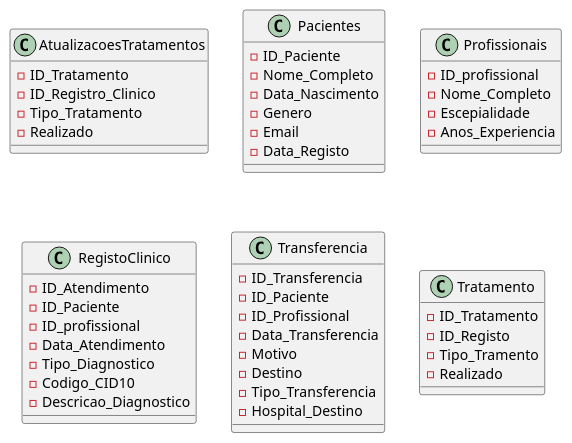
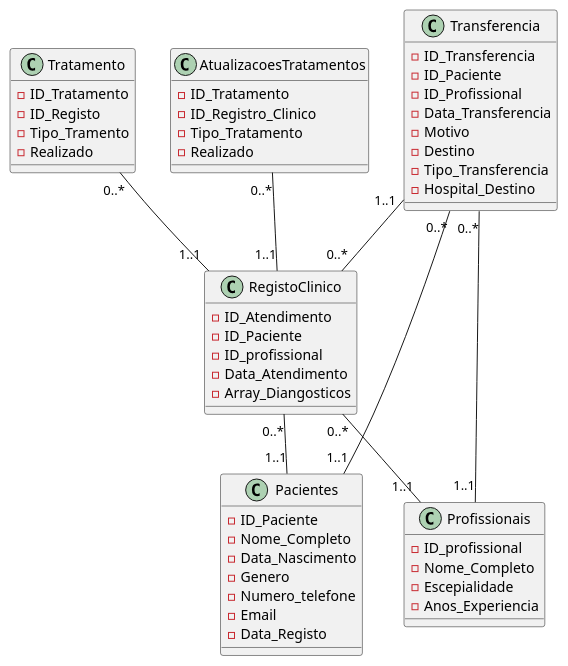
Before and after one commit to Arturito2005/TrabalhoPEI: the diagram in CodigosMongo/DesenhoModelacaoBD/EstruturaExemploBD.plantuml, drawn with PlantUML. The commit also changed 25 other files, not shown here.

```diff
--- a/CodigosMongo/DesenhoModelacaoBD/EstruturaExemploBD.plantuml
+++ b/CodigosMongo/DesenhoModelacaoBD/EstruturaExemploBD.plantuml
@@ -1,50 +1,67 @@
-class AtualizacoesTratamentos {
-    - ID_Tratamento
-    - ID_Registro_Clinico
-    - Tipo_Tratamento
-    - Realizado
-}
-
+@startuml EstruturaExempllo
 class Pacientes {
     - ID_Paciente
     - Nome_Completo
     - Data_Nascimento
     - Genero 
+    - Numero_telefone
     - Email
     - Data_Registo
 }
 
 class Profissionais {
     - ID_profissional
     - Nome_Completo
     - Escepialidade
     - Anos_Experiencia
 }
 
+/'
+ O array de diagnosticos possui estes dados:
+ - Tipo_Diagnostico
+ - Codigo_CID10
+ - Descricao_Diagnostico'/
 class RegistoClinico {
     - ID_Atendimento
     - ID_Paciente
     - ID_profissional
     - Data_Atendimento
-    - Tipo_Diagnostico
-    - Codigo_CID10
-    - Descricao_Diagnostico
+    - Array_Diangosticos
 }
+
+RegistoClinico "0..*" -- "1..1" Pacientes
+RegistoClinico "0..*" -- "1..1" Profissionais
 
 class Transferencia {
     - ID_Transferencia
     - ID_Paciente
     - ID_Profissional
     - Data_Transferencia
     - Motivo 
     - Destino 
     - Tipo_Transferencia
     - Hospital_Destino 
 }
 
+Transferencia "0..*" --- "1..1" Pacientes
+Transferencia "0..*" --- "1..1" Profissionais
+Transferencia "1..1" -- "0..*" RegistoClinico
+
 class Tratamento {
     - ID_Tratamento 
     - ID_Registo
     - Tipo_Tramento 
     - Realizado 
 }
+
+Tratamento "0..*" -- "1..1" RegistoClinico
+
+class AtualizacoesTratamentos {
+    - ID_Tratamento
+    - ID_Registro_Clinico
+    - Tipo_Tratamento
+    - Realizado
+}
+
+AtualizacoesTratamentos "0..*" -- "1..1" RegistoClinico
+@enduml
```
